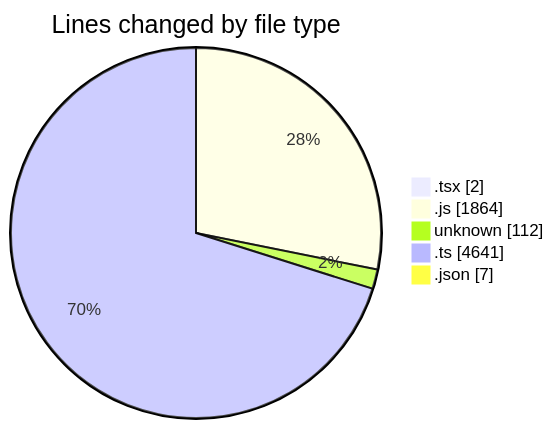
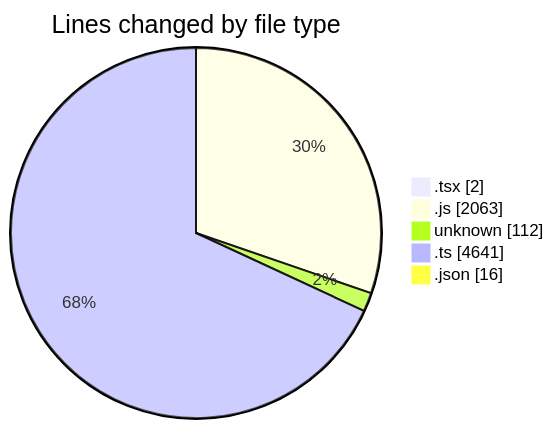
The first of 2 diagrams in 2026-05-06/cda/README.md (momahboobian/code-tracking), drawn with Mermaid before and after one commit. The commit also changed other lines of this file and 1 other file, not shown here.

````diff
--- a/2026-05-06/cda/README.md
+++ b/2026-05-06/cda/README.md
@@ -31,9 +32,9 @@
 ```mermaid
 pie showData
 title Lines changed by file type
 ".tsx" : 2
-".js" : 1864
+".js" : 2063
 "unknown" : 112
 ".ts" : 4641
-".json" : 7
+".json" : 16
 ```
````
